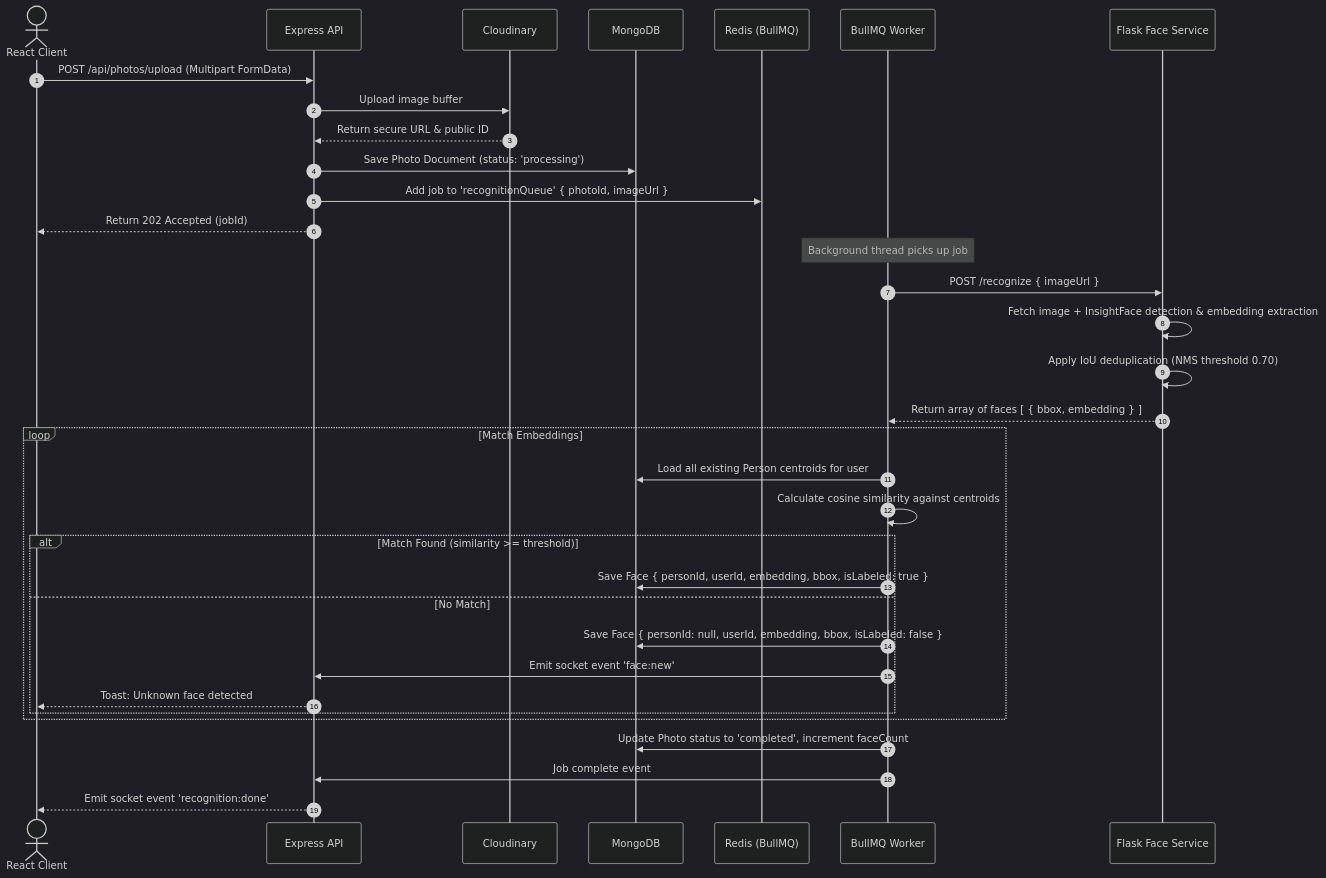
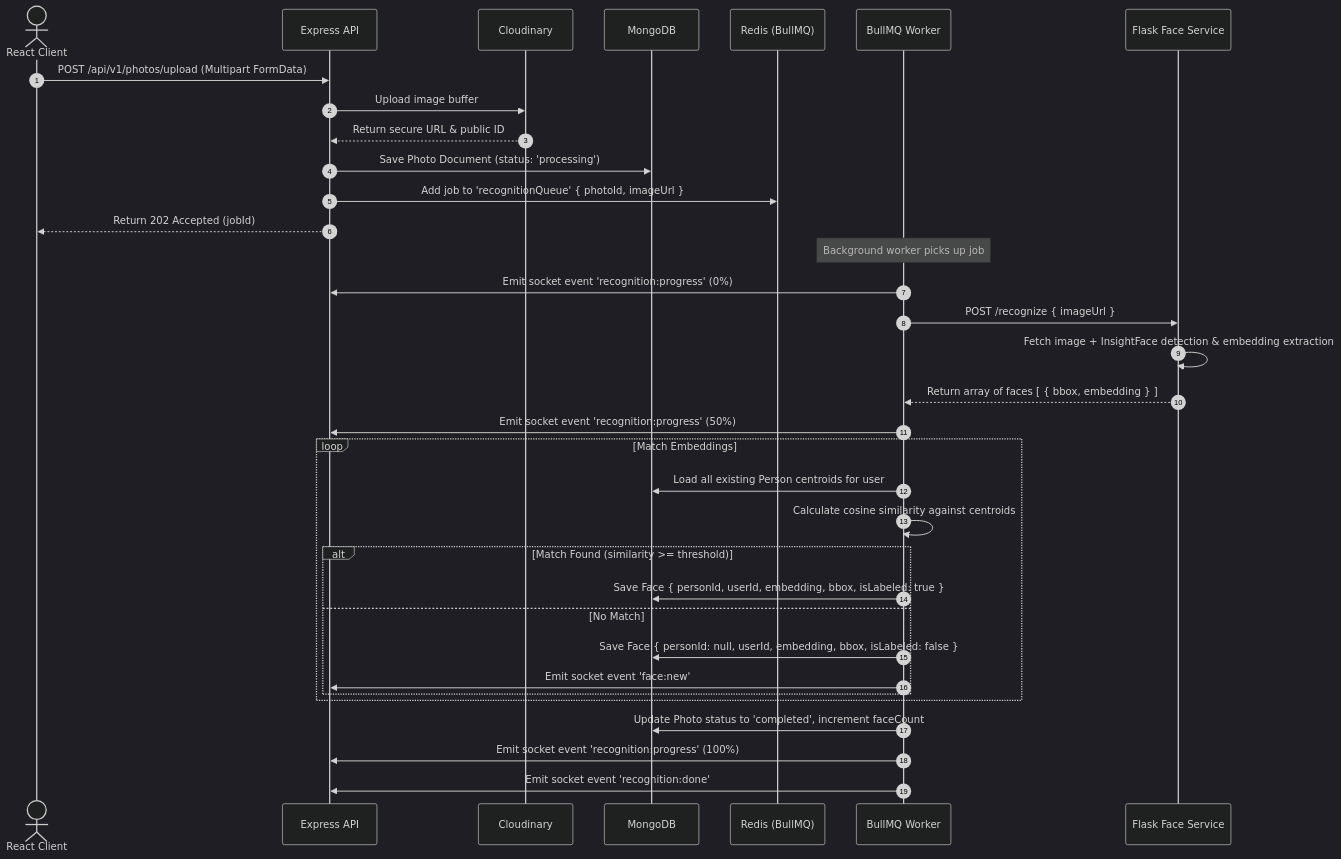
One commit to K-NagaCharan/APES changed the second of 4 diagrams in docs/architecture.md. Above: the diagram before and after it, drawn with Mermaid (dark theme). The commit also changed other lines of this file and 9 other files, not shown here.

Commit message:
docs: add comprehensive system architecture, database design, and pipeline documentation

````diff
--- a/docs/architecture.md
+++ b/docs/architecture.md
@@ -37,39 +63,39 @@
 ```mermaid
 sequenceDiagram
     autonumber
     actor User as React Client
     participant API as Express API
     participant Cloud as Cloudinary
     participant DB as MongoDB
     participant Queue as Redis (BullMQ)
     participant Worker as BullMQ Worker
     participant Python as Flask Face Service
 
-    User->>API: POST /api/photos/upload (Multipart FormData)
+    User->>API: POST /api/v1/photos/upload (Multipart FormData)
     API->>Cloud: Upload image buffer
     Cloud-->>API: Return secure URL & public ID
     API->>DB: Save Photo Document (status: 'processing')
     API->>Queue: Add job to 'recognitionQueue' { photoId, imageUrl }
     API-->>User: Return 202 Accepted (jobId)
     
-    Note over Worker: Background thread picks up job
+    Note over Worker: Background worker picks up job
+    Worker->>API: Emit socket event 'recognition:progress' (0%)
     Worker->>Python: POST /recognize { imageUrl }
     Python->>Python: Fetch image + InsightFace detection & embedding extraction
-    Python->>Python: Apply IoU deduplication (NMS threshold 0.70)
     Python-->>Worker: Return array of faces [ { bbox, embedding } ]
+    Worker->>API: Emit socket event 'recognition:progress' (50%)
     
     loop Match Embeddings
         Worker->>DB: Load all existing Person centroids for user
         Worker->>Worker: Calculate cosine similarity against centroids
         alt Match Found (similarity >= threshold)
             Worker->>DB: Save Face { personId, userId, embedding, bbox, isLabeled: true }
         else No Match
             Worker->>DB: Save Face { personId: null, userId, embedding, bbox, isLabeled: false }
             Worker->>API: Emit socket event 'face:new'
-            API-->>User: Toast: Unknown face detected
         end
     end
     Worker->>DB: Update Photo status to 'completed', increment faceCount
-    Worker->>API: Job complete event
-    API-->>User: Emit socket event 'recognition:done'
+    Worker->>API: Emit socket event 'recognition:progress' (100%)
+    Worker->>API: Emit socket event 'recognition:done'
 ```
````
